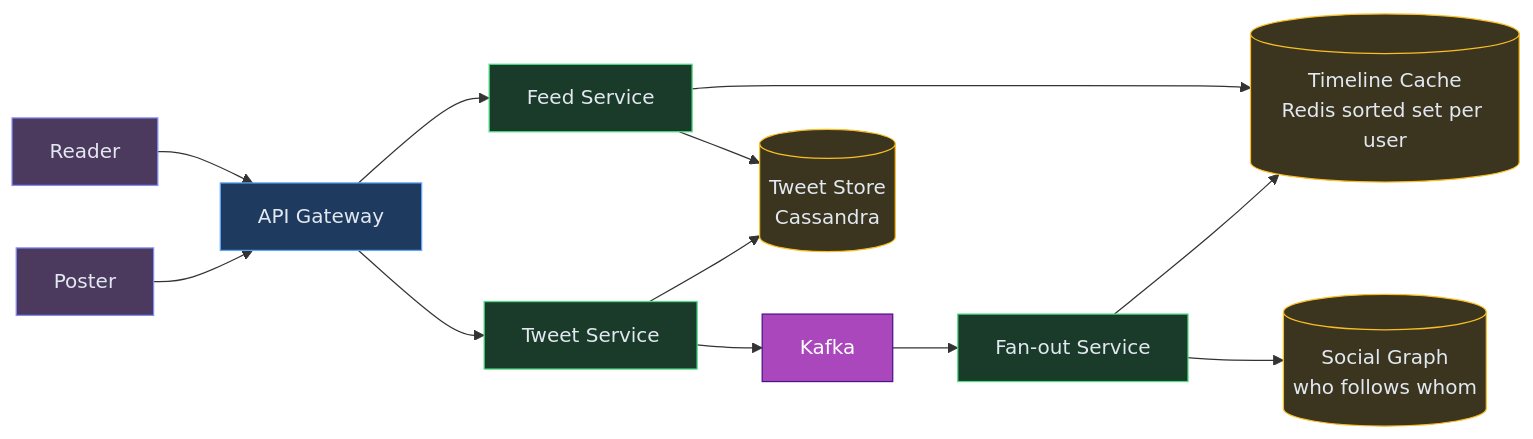
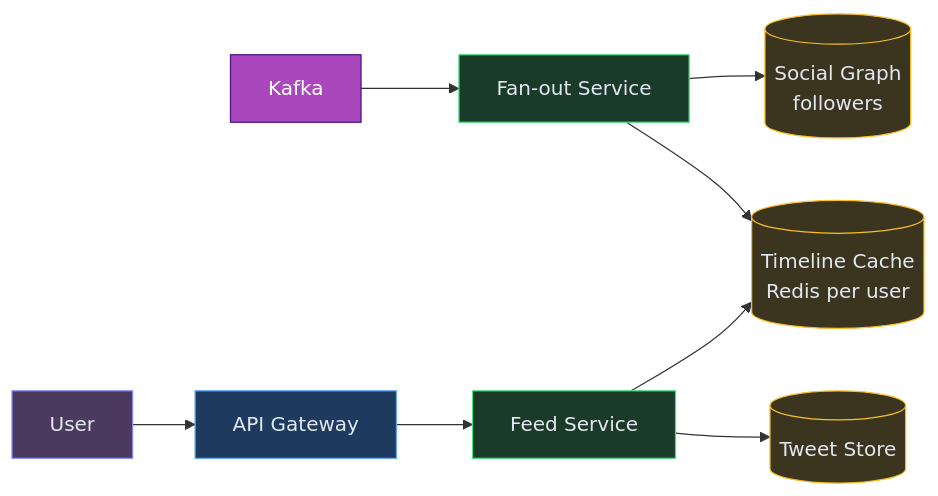
The seventh of 12 diagrams in content/hld/TwitterFeed.md (iluzn/HLD-Designs), drawn with Mermaid before and after one commit. The commit also changed other lines of this file, not shown here.

````diff
--- a/content/hld/TwitterFeed.md
+++ b/content/hld/TwitterFeed.md
@@ -205,32 +250,25 @@
 ```mermaid
 flowchart LR
-    POSTER["Poster"]:::client
-    READER["Reader"]:::client
+    K["Kafka"]:::async
+    FANOUT["Fan-out Service"]:::service
+    GRAPH[("Social Graph<br/>followers")]:::data
+    CACHE[("Timeline Cache<br/>Redis per user")]:::data
+    READER["User"]:::client
     GW["API Gateway"]:::edge
-    TS["Tweet Service"]:::service
-    FANOUT["Fan-out Service"]:::service
     FEED["Feed Service"]:::service
-    K["Kafka"]:::async
-    TDB[("Tweet Store<br/>Cassandra")]:::data
-    CACHE[("Timeline Cache<br/>Redis sorted set per user")]:::data
-    FOLLOW[("Social Graph<br/>who follows whom")]:::data
+    TDB[("Tweet Store")]:::data
 
-    POSTER --> GW
-    GW --> TS
-    TS --> TDB
-    TS --> K
     K --> FANOUT
+    FANOUT --> GRAPH
     FANOUT --> CACHE
-    FANOUT --> FOLLOW
-
     READER --> GW
     GW --> FEED
     FEED --> CACHE
     FEED --> TDB
 
     classDef client fill:#4c3a5e,stroke:#818cf8,color:#e2e8f0
     classDef edge fill:#1e3a5f,stroke:#60a5fa,color:#e2e8f0
     classDef service fill:#1a3a2a,stroke:#4ade80,color:#e2e8f0
+    classDef data fill:#3b3520,stroke:#fbbf24,color:#e2e8f0
     classDef async fill:#AB47BC,stroke:#4A148C,color:#fff
-    classDef data fill:#3b3520,stroke:#fbbf24,color:#e2e8f0
 ```
````
